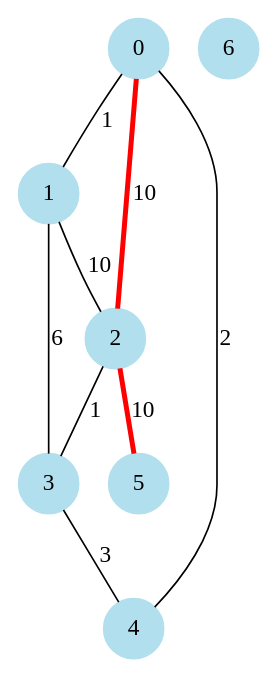
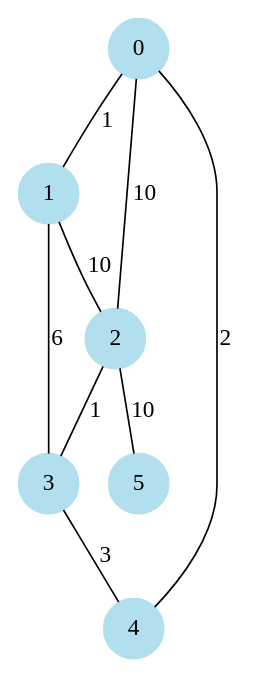
One commit to cni-iisc/networks-course changed the diagram in graph_algorithms/graphFiles/bellmanFord.gv. Above: the diagram before and after it, drawn with Graphviz. The commit also changed 7 other files, not shown here.

```diff
--- a/graph_algorithms/graphFiles/bellmanFord.gv
+++ b/graph_algorithms/graphFiles/bellmanFord.gv
@@ -1,18 +1,17 @@
 graph G {
 	node [color=lightblue2 shape=circle style=filled]
 	0 [label=0]
 	1 [label=1]
 	2 [label=2]
 	3 [label=3]
 	4 [label=4]
 	5 [label=5]
-	6 [label=6]
 	0 -- 1 [label=1]
-	0 -- 2 [label=10, color=red, penwidth=3]
+	0 -- 2 [label=10]
 	0 -- 4 [label=2]
 	1 -- 2 [label=10]
 	1 -- 3 [label=6]
 	2 -- 3 [label=1]
-	2 -- 5 [label=10, color=red, penwidth=3]
+	2 -- 5 [label=10]
 	3 -- 4 [label=3]
 }
```
